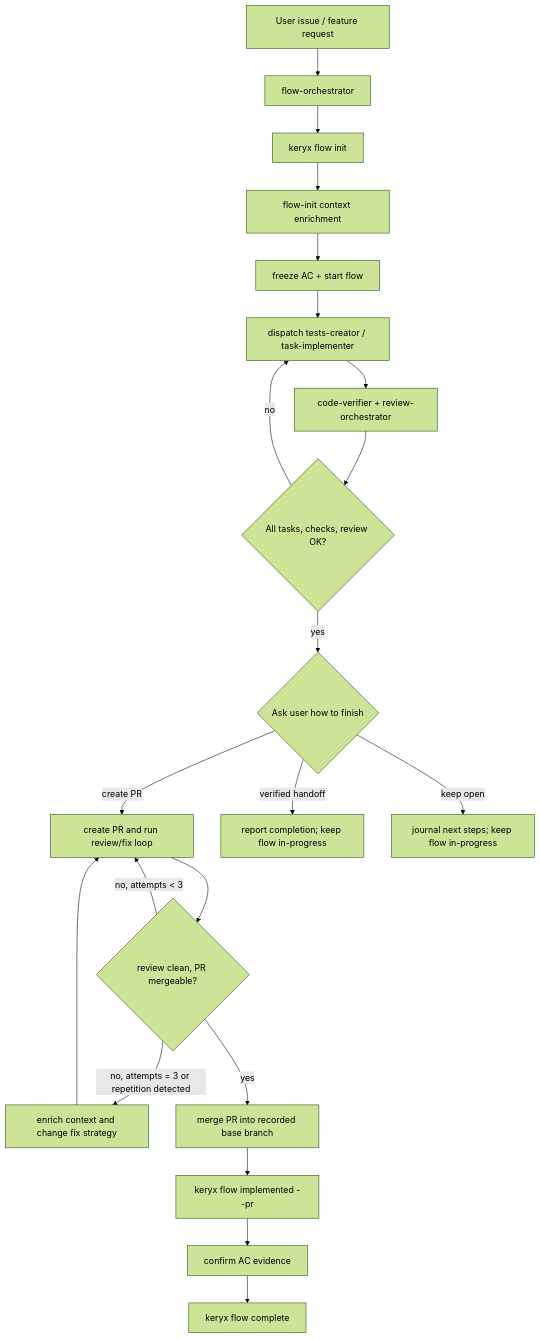
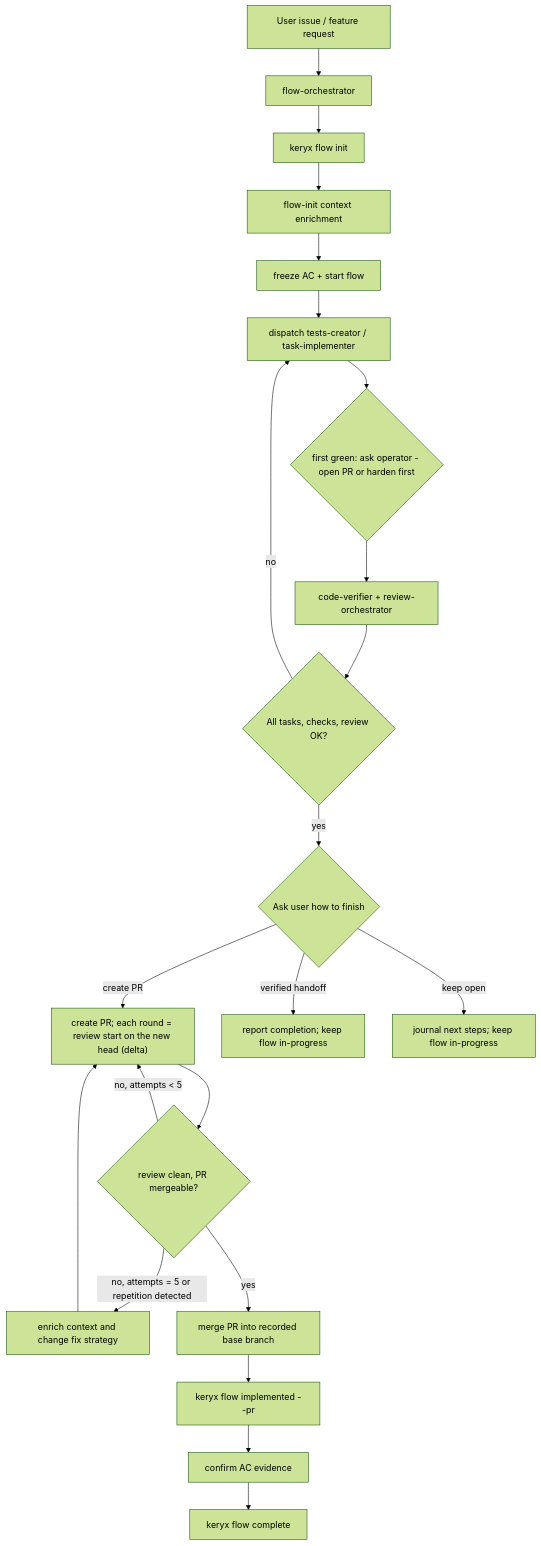
The diagram in .metaproject/skills/gdskills/orchestration/flow-orchestrator/SKILL.md (MrCipherSmith/roomyx), drawn with Mermaid (forest theme) before and after one commit. The commit also changed other lines of this file and 234 other files, not shown here.

````diff
--- a/.metaproject/skills/gdskills/orchestration/flow-orchestrator/SKILL.md
+++ b/.metaproject/skills/gdskills/orchestration/flow-orchestrator/SKILL.md
@@ -74,23 +71,24 @@
 ```mermaid
 flowchart TD
   A["User issue / feature request"] --> B["flow-orchestrator"]
   B --> C["keryx flow init"]
   C --> D["flow-init context enrichment"]
   D --> E["freeze AC + start flow"]
   E --> F["dispatch tests-creator / task-implementer"]
-  F --> G["code-verifier + review-orchestrator"]
+  F --> FG{"first green: ask operator - open PR or harden first"}
+  FG --> G["code-verifier + review-orchestrator"]
   G --> H{"All tasks, checks, review OK?"}
   H -- "no" --> F
   H -- "yes" --> I{"Ask user how to finish"}
-  I -- "create PR" --> J["create PR and run review/fix loop"]
+  I -- "create PR" --> J["create PR; each round = review start on the new head (delta)"]
   J --> K{"review clean, PR mergeable?"}
-  K -- "no, attempts < 3" --> J
-  K -- "no, attempts = 3 or repetition detected" --> R["enrich context and change fix strategy"]
+  K -- "no, attempts < 5" --> J
+  K -- "no, attempts = 5 or repetition detected" --> R["enrich context and change fix strategy"]
   R --> J
   K -- "yes" --> L["merge PR into recorded base branch"]
   L --> M["keryx flow implemented --pr"]
   M --> N["confirm AC evidence"]
   N --> O["keryx flow complete"]
   I -- "verified handoff" --> P["report completion; keep flow in-progress"]
   I -- "keep open" --> Q["journal next steps; keep flow in-progress"]
 ```
````
